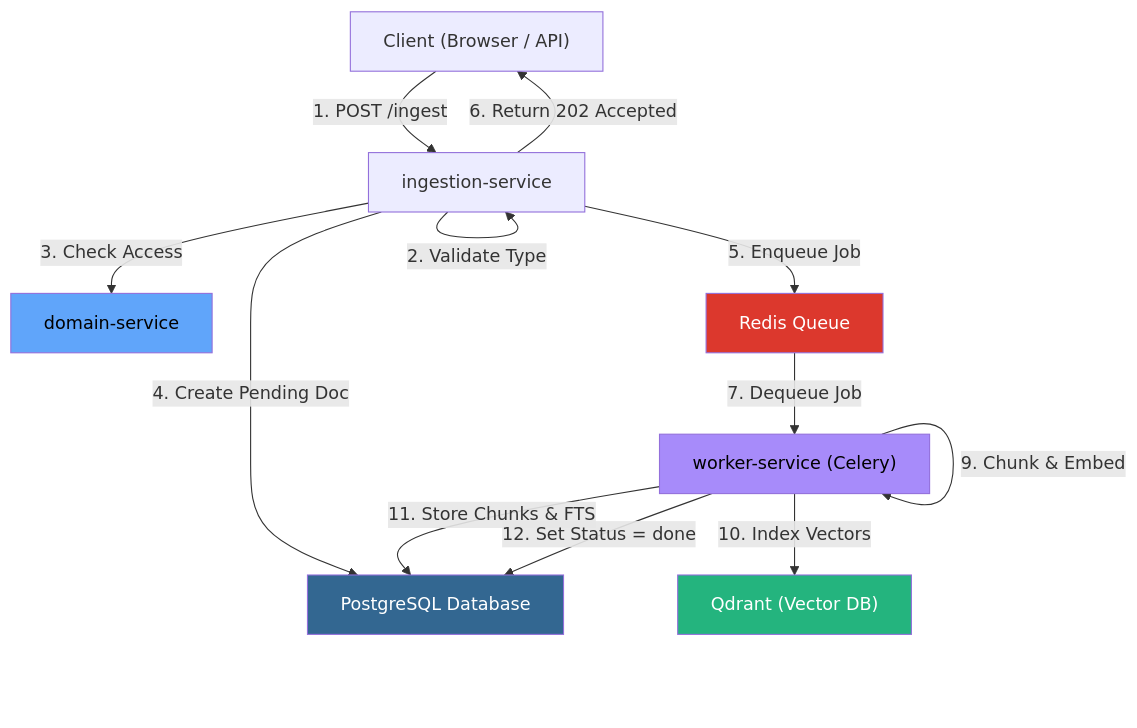
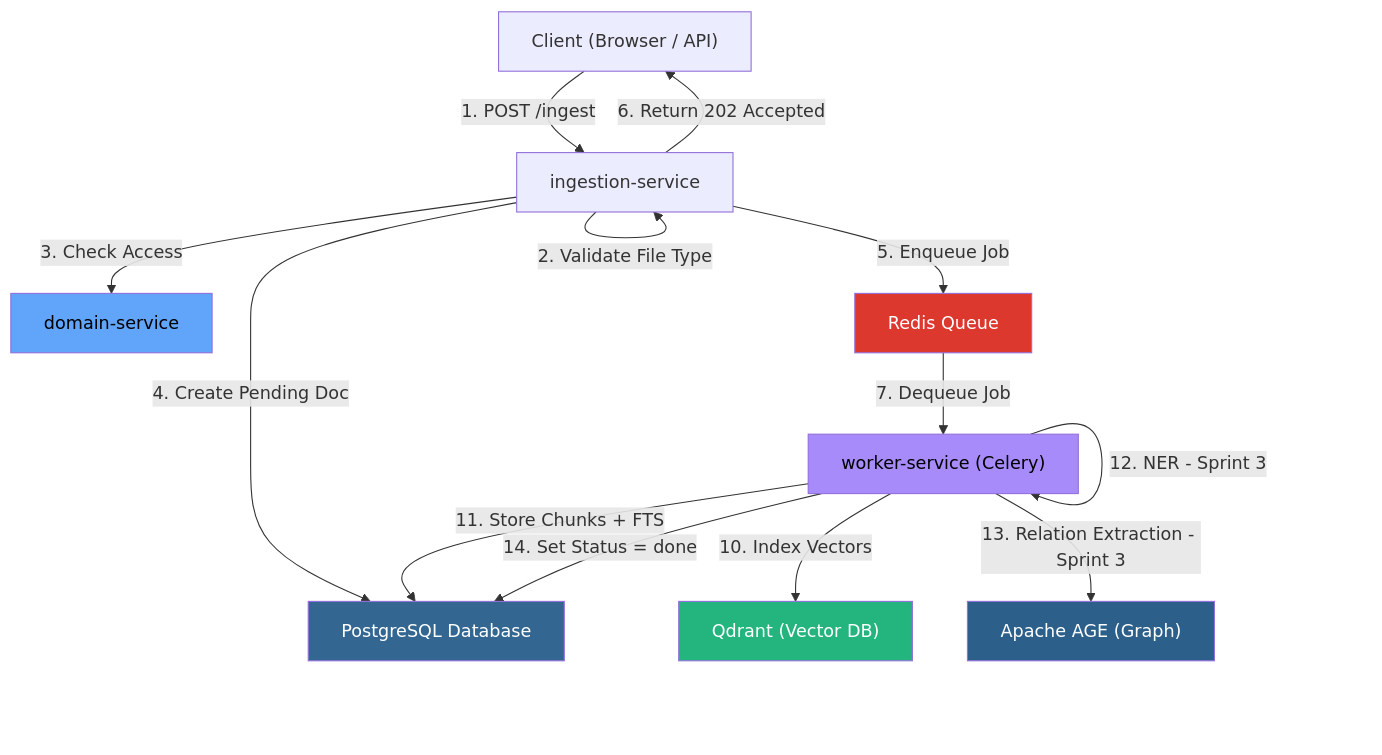
Before and after one commit to Kyrollo/Chatbot-Fixed-Solutions-Rag-System: the third of 10 diagrams in README.md, drawn with Mermaid. The commit also changed other lines of this file and 89 other files, not shown here.

````diff
--- a/README.md
+++ b/README.md
@@ -231,30 +222,34 @@
 ```mermaid
 flowchart TD
     Client["Client (Browser / API)"]
     IS["ingestion-service"]
     DS["domain-service"]
     RD["Redis Queue"]
     PG["PostgreSQL Database"]
     WS["worker-service (Celery)"]
     QD["Qdrant (Vector DB)"]
+    AGE["Apache AGE (Graph)"]
 
     Client -->|1. POST /ingest| IS
-    IS -->|2. Validate Type| IS
+    IS -->|2. Validate File Type| IS
     IS -->|3. Check Access| DS
     IS -->|4. Create Pending Doc| PG
     IS -->|5. Enqueue Job| RD
     IS -->|6. Return 202 Accepted| Client
 
     RD -->|7. Dequeue Job| WS
-    WS -->|8. Extract Text| WS
-    WS -->|9. Chunk & Embed| WS
+    WS -->|8. Extract Text + OCR| WS
+    WS -->|9. Semantic Chunk + Embed| WS
     WS -->|10. Index Vectors| QD
-    WS -->|11. Store Chunks & FTS| PG
-    WS -->|12. Set Status = done| PG
+    WS -->|11. Store Chunks + FTS| PG
+    WS -->|12. NER - Sprint 3| WS
+    WS -->|13. Relation Extraction - Sprint 3| AGE
+    WS -->|14. Set Status = done| PG
 
     style DS fill:#60a5fa,color:#000
     style RD fill:#dc382d,color:#fff
     style PG fill:#336791,color:#fff
     style QD fill:#24b47e,color:#fff
     style WS fill:#a78bfa,color:#000
+    style AGE fill:#2c5f8a,color:#fff
 ```
````
